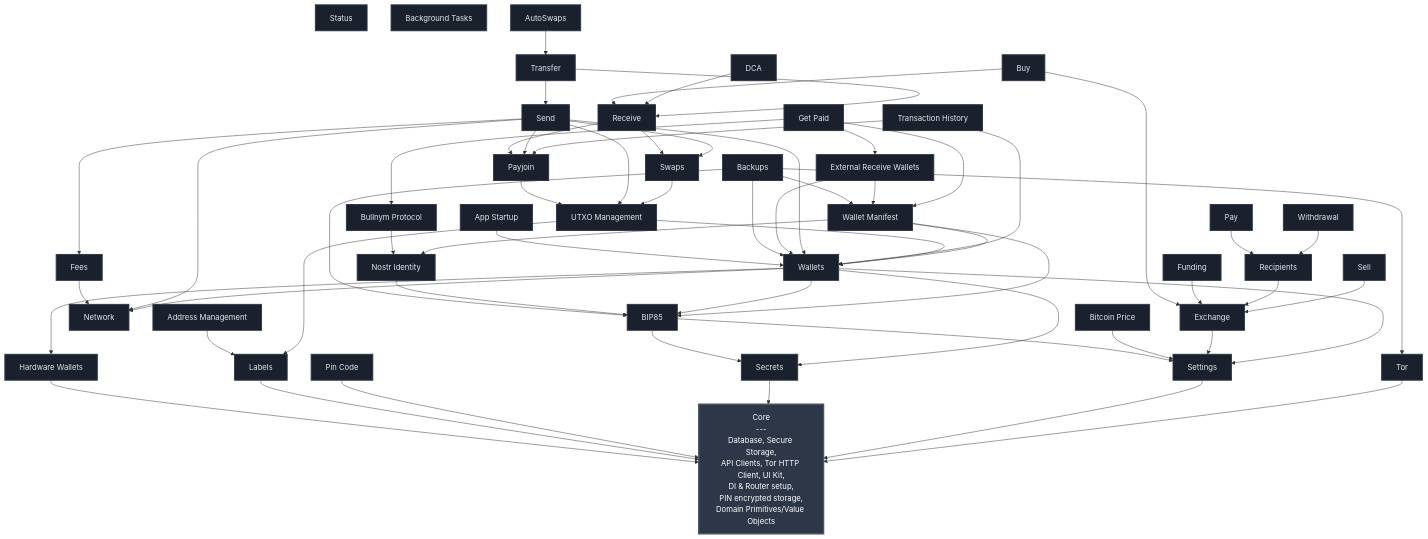
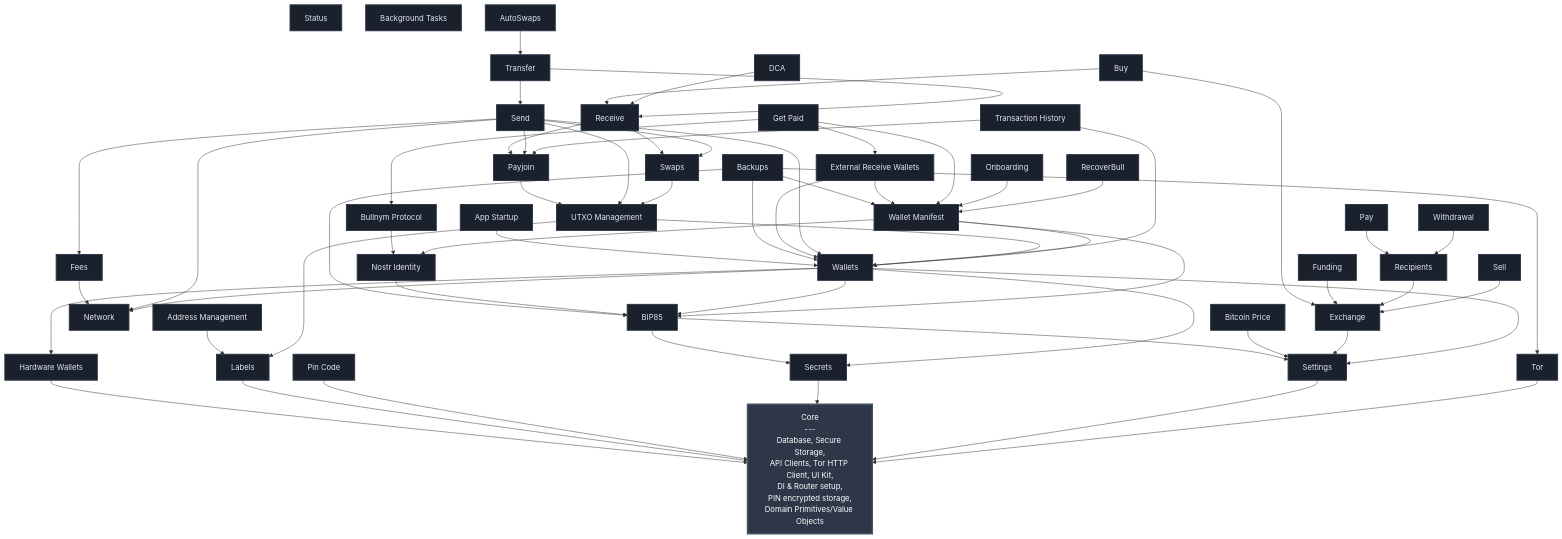
Before and after one commit to BullishNode/bullbitcoin-mobile: the diagram in FEATURES.md, drawn with Mermaid. The commit also changed 15 other files, not shown here.

First line of the commit message:
feat(wallet-manifest): restore manifest after seed recovery

````diff
--- a/FEATURES.md
+++ b/FEATURES.md
@@ -46,6 +46,8 @@
     GET_PAID[Get Paid]
     WALLET_MANIFEST[Wallet Manifest]
     NOSTR_IDENTITY[Nostr Identity]
+    ONBOARDING[Onboarding]
+    RECOVERBULL[RecoverBull]
     SELL[Sell]
     PAY[Pay]
     BUY[Buy]
@@ -79,11 +81,13 @@
     HW_WALLETS --> CORE
     LABELS --> CORE
     NOSTR_IDENTITY --> BIP85
+    ONBOARDING --> WALLET_MANIFEST
     PAY --> RECIPIENTS
     PAYJOIN --> UTXO_MGMT
     PIN_CODE --> CORE
     RECEIVE --> PAYJOIN
     RECEIVE --> SWAPS
+    RECOVERBULL --> WALLET_MANIFEST
     RECIPIENTS --> EXCHANGE
     SECRETS --> CORE
     SELL --> EXCHANGE
@@ -117,5 +121,5 @@
     classDef featureStyle fill:#1a202c,stroke:#2d3748,stroke-width:2px,color:#e2e8f0
 
     class CORE coreStyle
-    class SETTINGS,TOR,PIN_CODE,LABELS,SECRETS,HW_WALLETS,BTC_PRICE,NETWORK,BIP85,FEES,WALLETS,EXCHANGE,APP_STARTUP,UTXO_MGMT,ADDRESS_MGMT,RECIPIENTS,FUNDING,BACKUPS,SWAPS,PAYJOIN,WITHDRAWAL,STATUS,SEND,RECEIVE,TRANSFER,TX_HISTORY,BG_TASKS,AUTOSWAPS,BULLNYM,DCA,EXTERNAL_RECEIVE,GET_PAID,WALLET_MANIFEST,NOSTR_IDENTITY,SELL,PAY,BUY featureStyle
+    class SETTINGS,TOR,PIN_CODE,LABELS,SECRETS,HW_WALLETS,BTC_PRICE,NETWORK,BIP85,FEES,WALLETS,EXCHANGE,APP_STARTUP,UTXO_MGMT,ADDRESS_MGMT,RECIPIENTS,FUNDING,BACKUPS,SWAPS,PAYJOIN,WITHDRAWAL,STATUS,SEND,RECEIVE,TRANSFER,TX_HISTORY,BG_TASKS,AUTOSWAPS,BULLNYM,DCA,EXTERNAL_RECEIVE,GET_PAID,WALLET_MANIFEST,NOSTR_IDENTITY,ONBOARDING,RECOVERBULL,SELL,PAY,BUY featureStyle
 ```
````
